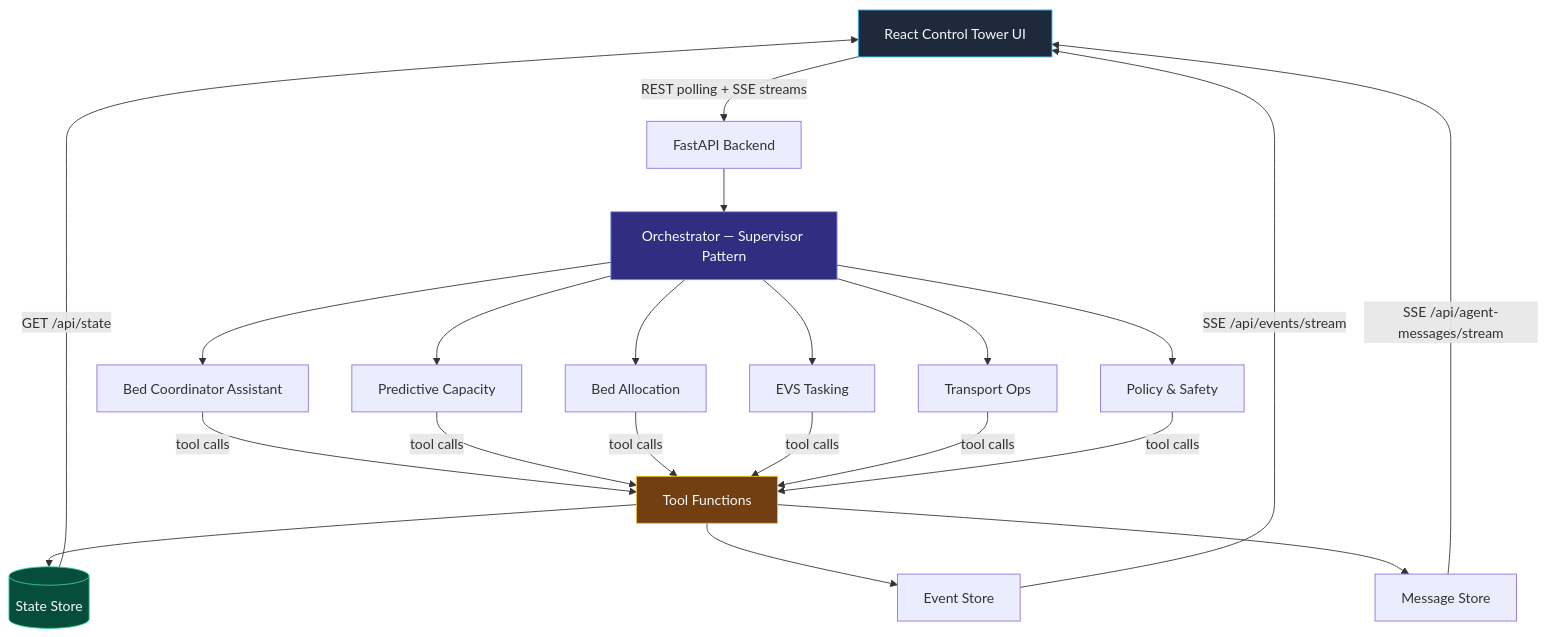
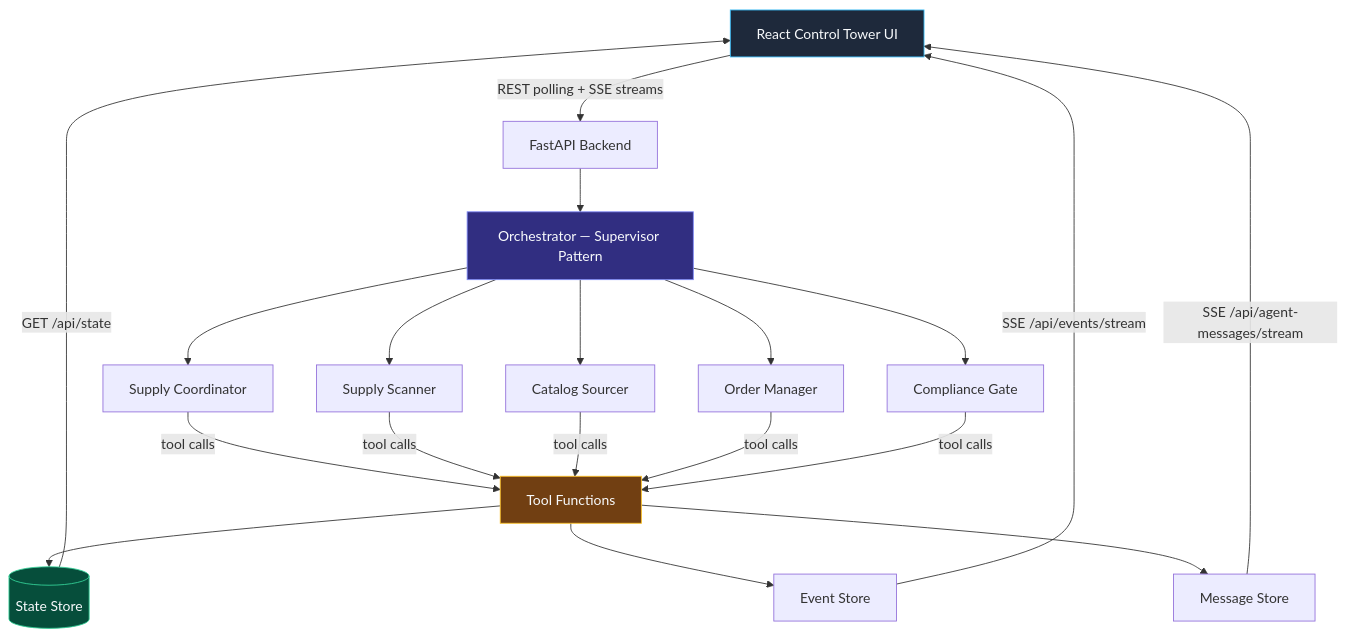
One commit to acworkma/supply-chain-squad-demo changed the diagram in docs/architecture.md. Above: the diagram before and after it, drawn with Mermaid. The commit also changed other lines of this file and 40 other files, not shown here.

````diff
--- a/docs/architecture.md
+++ b/docs/architecture.md
@@ -7,32 +7,30 @@
 ```mermaid
 graph TD
     UI[React Control Tower UI] -->|REST polling + SSE streams| API[FastAPI Backend]
     API --> ORCH[Orchestrator — Supervisor Pattern]
 
-    ORCH --> FC[Bed Coordinator Assistant]
-    ORCH --> PC[Predictive Capacity]
-    ORCH --> BA[Bed Allocation]
-    ORCH --> EVS[EVS Tasking]
-    ORCH --> TO[Transport Ops]
-    ORCH --> PS[Policy & Safety]
+    ORCH --> SC[Supply Coordinator]
+    ORCH --> SS[Supply Scanner]
+    ORCH --> CS[Catalog Sourcer]
+    ORCH --> OM[Order Manager]
+    ORCH --> CG[Compliance Gate]
 
-    FC -->|tool calls| TOOLS[Tool Functions]
-    PC -->|tool calls| TOOLS
-    BA -->|tool calls| TOOLS
-    EVS -->|tool calls| TOOLS
-    TO -->|tool calls| TOOLS
-    PS -->|tool calls| TOOLS
+    SC -->|tool calls| TOOLS[Tool Functions]
+    SS -->|tool calls| TOOLS
+    CS -->|tool calls| TOOLS
+    OM -->|tool calls| TOOLS
+    CG -->|tool calls| TOOLS
 
     TOOLS --> STATE[(State Store)]
     TOOLS --> ES[Event Store]
     TOOLS --> MS[Message Store]
 
     ES -->|SSE /api/events/stream| UI
     MS -->|SSE /api/agent-messages/stream| UI
     STATE -->|GET /api/state| UI
 
     style UI fill:#1e293b,stroke:#38bdf8,color:#f8fafc
     style ORCH fill:#312e81,stroke:#818cf8,color:#f8fafc
     style STATE fill:#064e3b,stroke:#34d399,color:#f8fafc
     style TOOLS fill:#713f12,stroke:#fbbf24,color:#f8fafc
 ```
````
